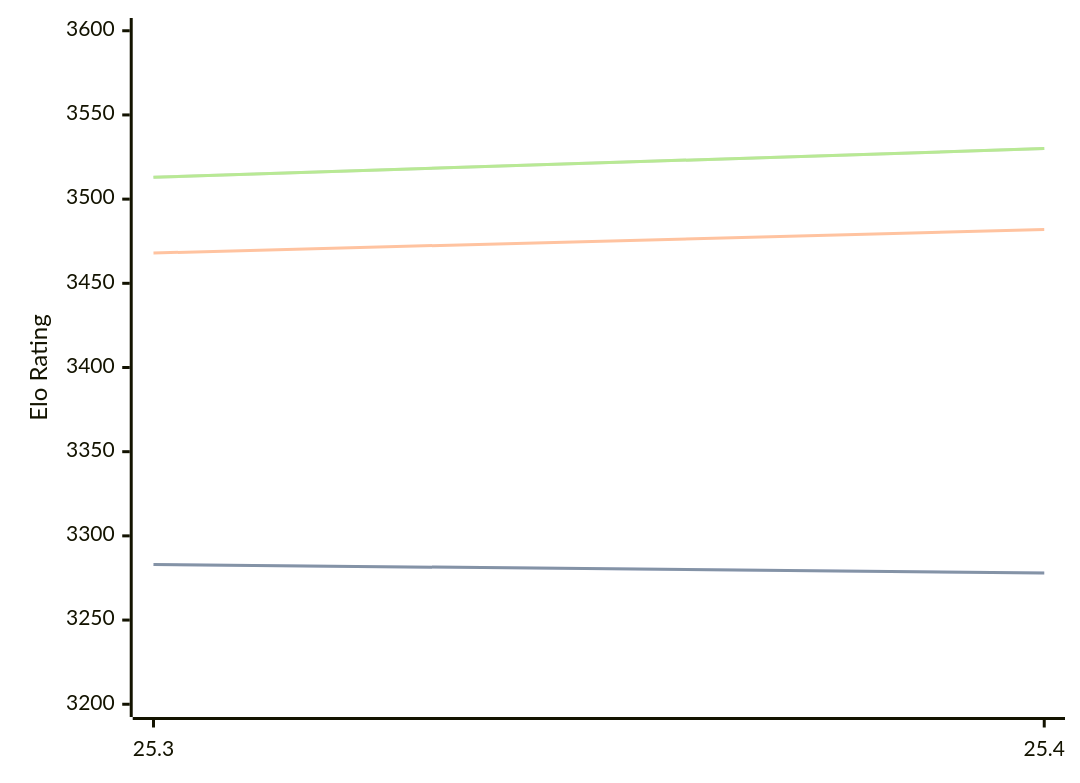
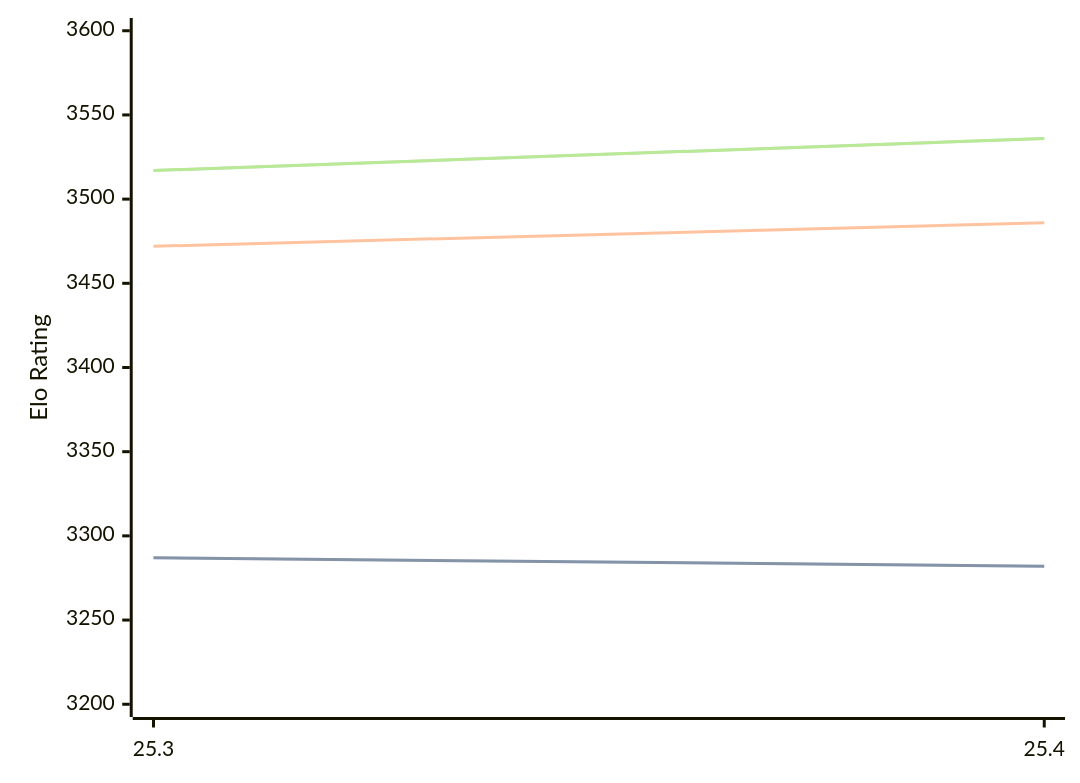
One commit to computer-chess-index/cci changed the diagram in engines/Arasan.md. Above: the diagram before and after it, drawn with Mermaid. The commit also changed other lines of this file, not shown here.

Commit message:
Update CCI Ratings (ELO VLTC) - 2026-05-02

````diff
--- a/engines/Arasan.md
+++ b/engines/Arasan.md
@@ -33,11 +33,11 @@
 ```mermaid
 %%{init: {"theme":"base","themeVariables":{"seriesColors:['#a3a3a3','#222221','#faa371']}}}%%
 xychart-beta
   x-axis ["25.3", "25.4"]
   y-axis "Elo Rating" 3200 --> 3600
-  line "STC (8.0+0.08s)" [3283, 3278]
-  line "STC (8.0+0.08s)" [3283, 3278]
-  line "LTC (60.0+0.60s)" [3468, 3482]
-  line "VLTC (2m24s+1.12s)" [3513, 3530]
-  line "VLTC (2m24s+1.12s)" [3513, 3530]
+  line "STC (8.0+0.08s)" [3287, 3282]
+  line "STC (8.0+0.08s)" [3287, 3282]
+  line "LTC (60.0+0.60s)" [3472, 3486]
+  line "VLTC (2m24s+1.12s)" [3517, 3536]
+  line "VLTC (2m24s+1.12s)" [3517, 3536]
 ```
````
